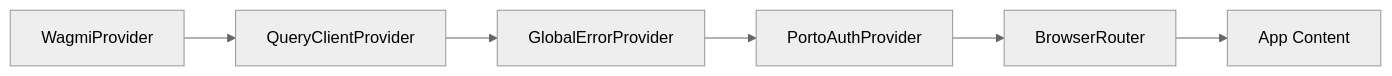
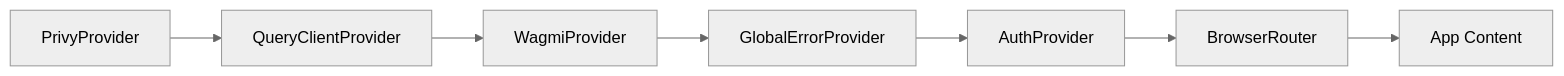
Before and after one commit to MagRelo/cut: the third of 5 diagrams in spec/client/architecture.md, drawn with Mermaid (neutral theme). The commit also changed other lines of this file and 62 other files, not shown here.

````diff
--- a/spec/client/architecture.md
+++ b/spec/client/architecture.md
@@ -74,8 +76,9 @@
 ```mermaid
 graph LR
-    A[WagmiProvider] --> B[QueryClientProvider]
-    B --> C[GlobalErrorProvider]
-    C --> D[PortoAuthProvider]
-    D --> E[BrowserRouter]
-    E --> F[App Content]
+    A[PrivyProvider] --> B[QueryClientProvider]
+    B --> C[WagmiProvider]
+    C --> D[GlobalErrorProvider]
+    D --> E[AuthProvider]
+    E --> F[BrowserRouter]
+    F --> G[App Content]
 ```
````
